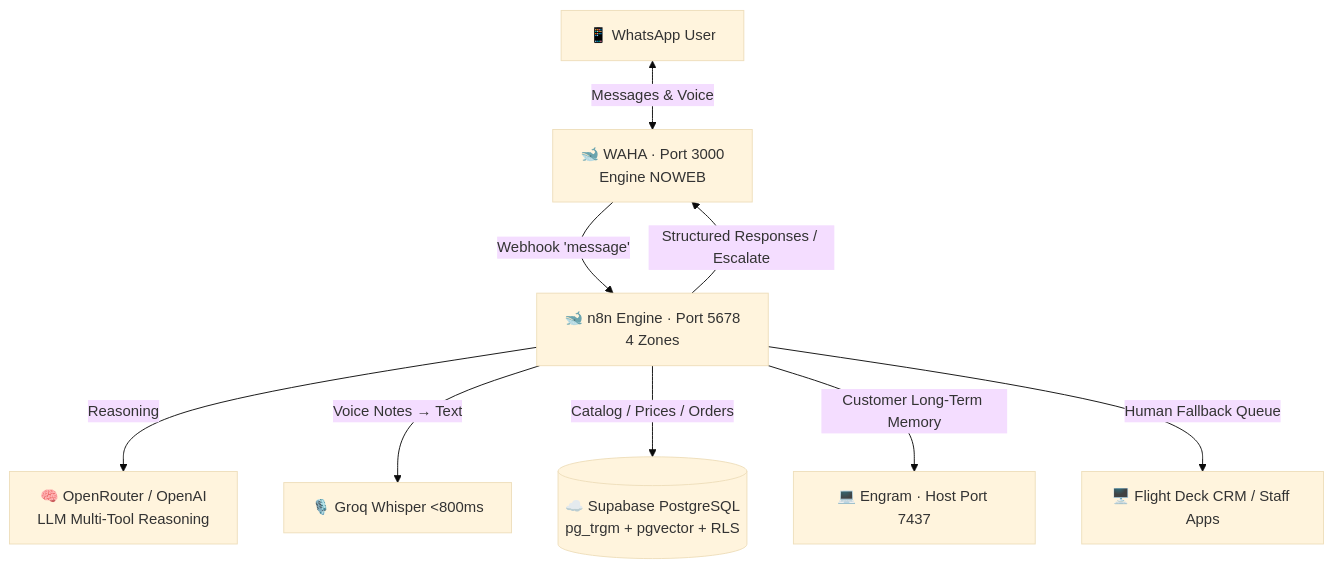
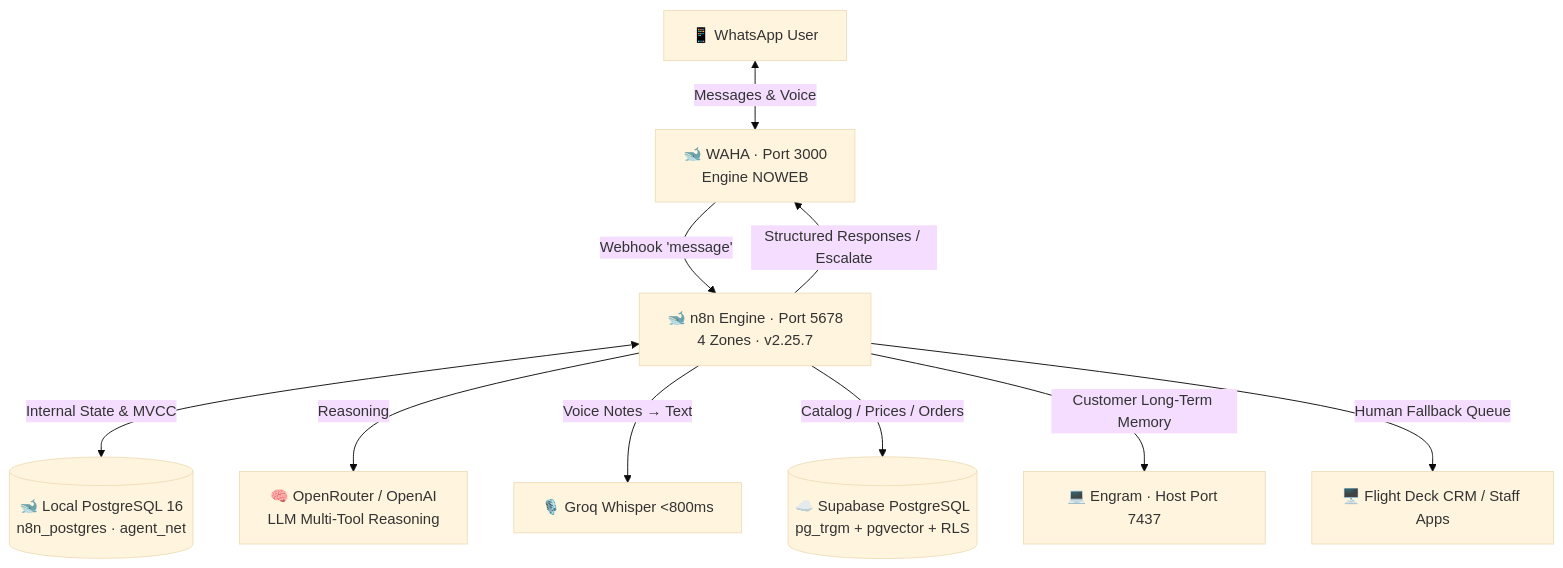
Before and after one commit to Gus2708/whatsapp-agent: the first of 3 diagrams in README.md, drawn with Mermaid (base theme). The commit also changed other lines of this file and 13 other files, not shown here.

First line of the commit message:
feat(infra): migrate n8n internal storage from SQLite to PostgreSQL

````diff
--- a/README.md
+++ b/README.md
@@ -36,11 +36,12 @@
 ```mermaid
 graph TD
     Client["📱 WhatsApp User"] <-->|"Messages & Voice"| WAHA["🐋 WAHA · Port 3000<br/>Engine NOWEB"]
-    WAHA -->|"Webhook 'message'"| N8N["🐋 n8n Engine · Port 5678<br/>4 Zones"]
+    WAHA -->|"Webhook 'message'"| N8N["🐋 n8n Engine · Port 5678<br/>4 Zones · v2.25.7"]
+    N8N <-->|"Internal State & MVCC"| N8NPG[("🐋 Local PostgreSQL 16<br/>n8n_postgres · agent_net")]
     N8N -->|"Reasoning"| Model["🧠 OpenRouter / OpenAI<br/>LLM Multi-Tool Reasoning"]
     N8N -->|"Voice Notes → Text"| Groq["🎙️ Groq Whisper <800ms"]
     N8N -->|"Catalog / Prices / Orders"| Supabase[("☁️ Supabase PostgreSQL<br/>pg_trgm + pgvector + RLS")]
     N8N -->|"Customer Long-Term Memory"| Engram["💻 Engram · Host Port 7437"]
     N8N -->|"Structured Responses / Escalate"| WAHA
     N8N -->|"Human Fallback Queue"| FlightDeck["🖥️ Flight Deck CRM / Staff Apps"]
 ```
````
